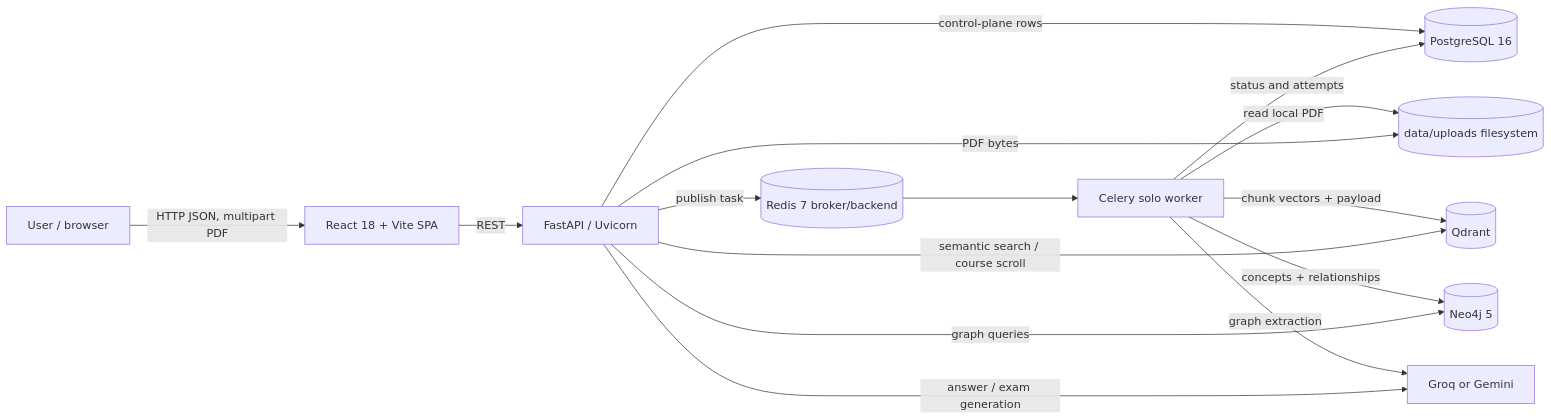
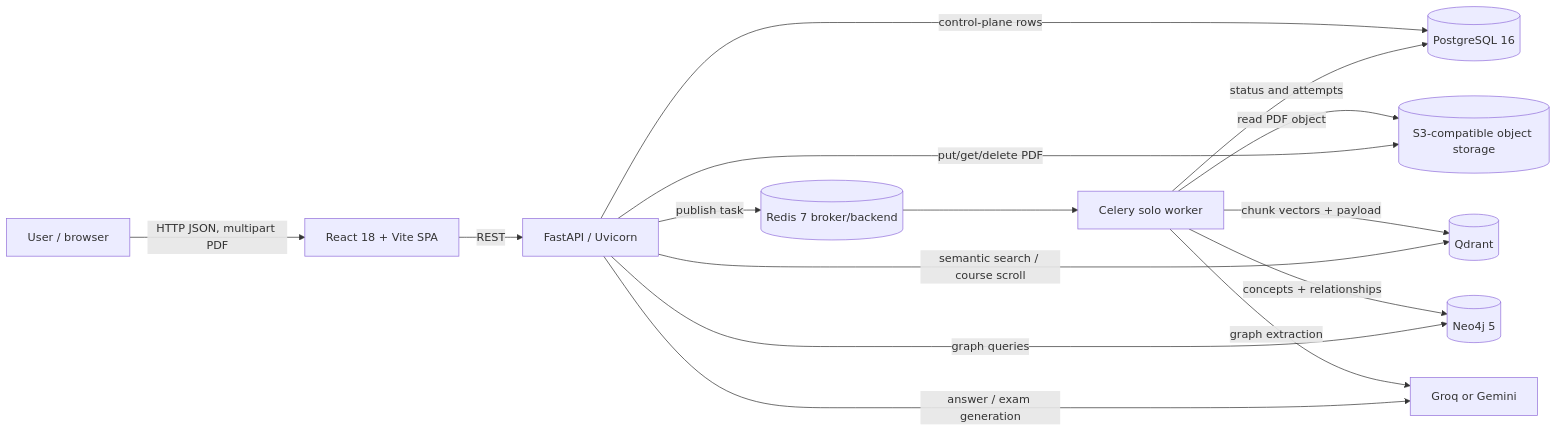
The first of 5 diagrams in ENGINEERING_HANDBOOK.md (Ninjax26/conceptgraph), drawn with Mermaid before and after one commit. The commit also changed other lines of this file and 16 other files, not shown here.

Commit message:
feat: add cloud deployment and object storage

````diff
--- a/ENGINEERING_HANDBOOK.md
+++ b/ENGINEERING_HANDBOOK.md
@@ -70,17 +70,17 @@
 ```mermaid
 flowchart LR
     U["User / browser"] -->|HTTP JSON, multipart PDF| FE["React 18 + Vite SPA"]
     FE -->|REST| API["FastAPI / Uvicorn"]
     API -->|control-plane rows| PG[("PostgreSQL 16")]
     API -->|publish task| R[("Redis 7 broker/backend")]
     R --> W["Celery solo worker"]
-    W -->|read local PDF| FS[("data/uploads filesystem")]
+    W -->|read PDF object| S3[("S3-compatible object storage")]
     W -->|status and attempts| PG
     W -->|chunk vectors + payload| Q[("Qdrant")]
     W -->|concepts + relationships| N[("Neo4j 5")]
     W -->|graph extraction| LLM["Groq or Gemini"]
     API -->|semantic search / course scroll| Q
     API -->|graph queries| N
     API -->|answer / exam generation| LLM
-    API -->|PDF bytes| FS
+    API -->|put/get/delete PDF| S3
 ```
````
